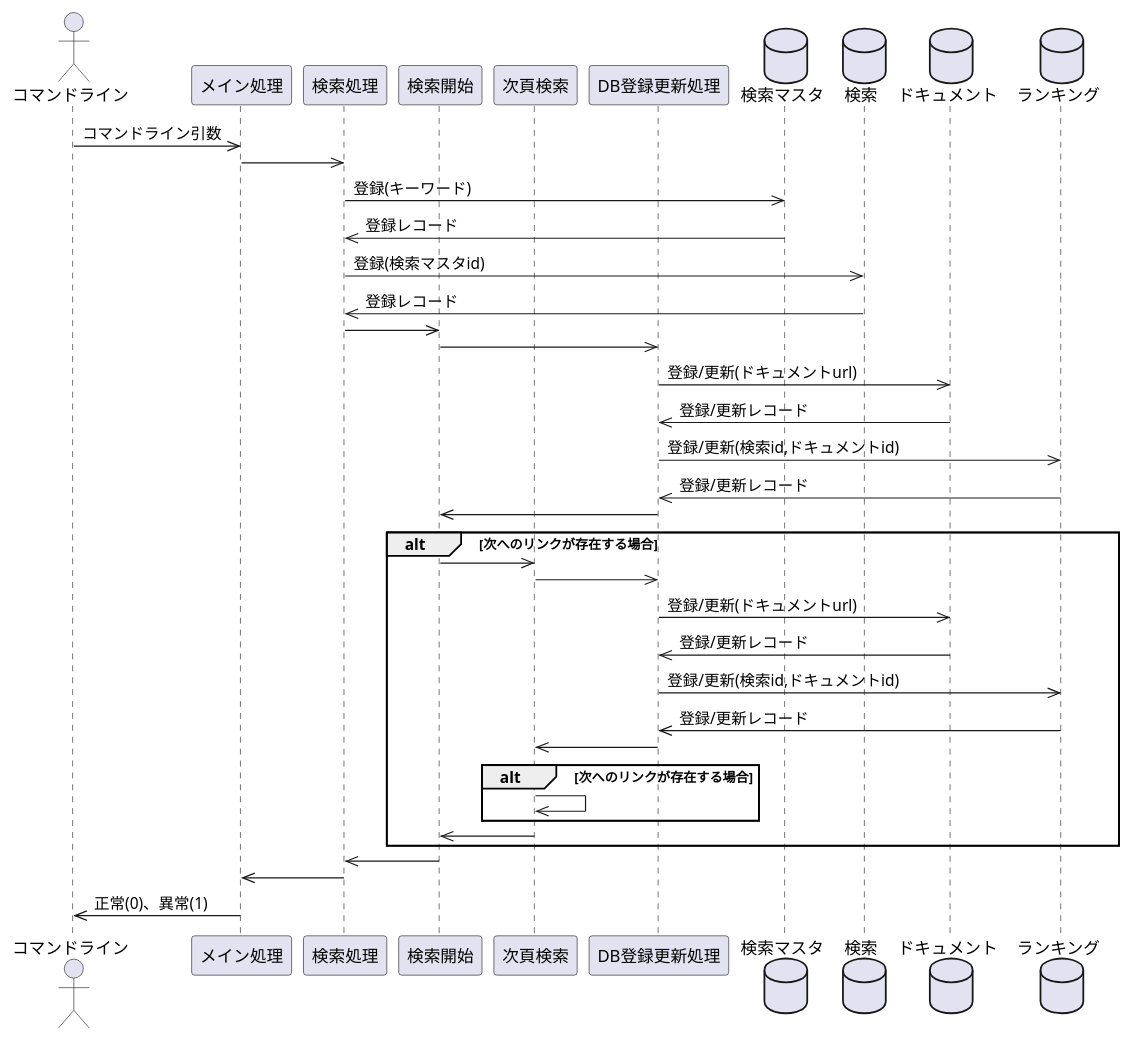
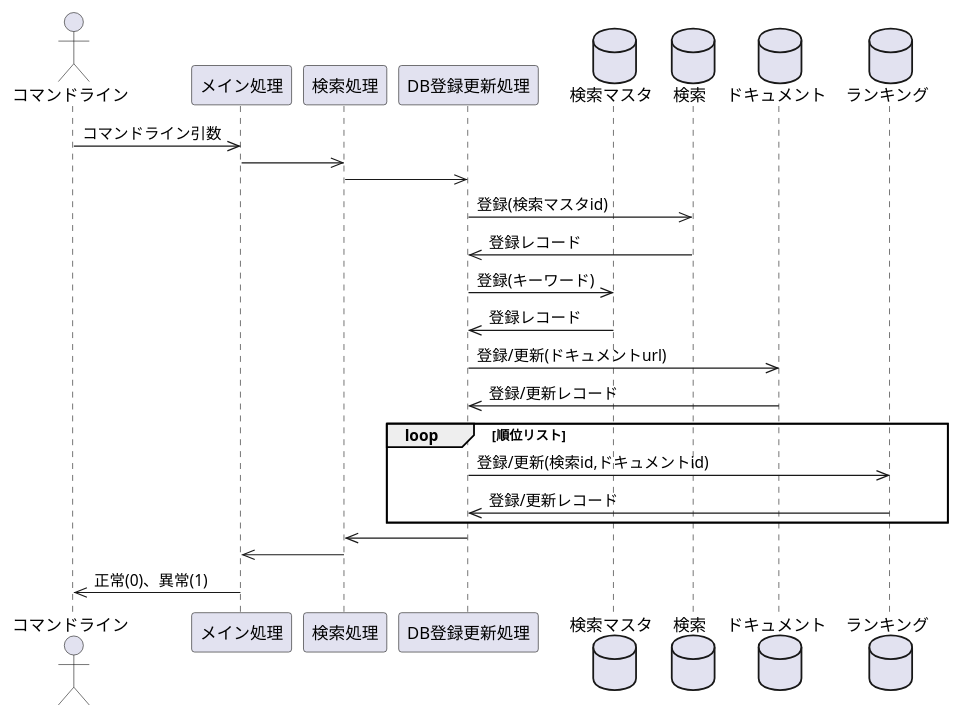
One commit to DaishinUehara/RankingChecker changed the second of 2 diagrams in README.md. Above: the diagram before and after it, drawn with PlantUML. The commit also changed other lines of this file, not shown here.

Commit message:
改修に合わせREADMEを修正

````diff
--- a/README.md
+++ b/README.md
@@ -50,44 +55,29 @@
 ```plantuml
 @startuml
 actor コマンドライン as cmd
 participant メイン処理 as main
 participant 検索処理 as search
-participant 検索開始 as search_start
-participant 次頁検索 as search_next
-participant DB登録更新処理 as db_upsert
+participant DB登録更新処理 as __db_upsert
 database 検索マスタ as t_search_m
 database 検索 as t_search
 database ドキュメント as t_doc
 database ランキング as t_ranking
 
 cmd->>main: コマンドライン引数
     main->>search: 
-        search->>t_search_m: 登録(キーワード)
-            t_search_m->>search: 登録レコード
-        search->>t_search: 登録(検索マスタid)
-            t_search->>search: 登録レコード
-        search->>search_start: 
-            search_start->>db_upsert: 
-                db_upsert->>t_doc: 登録/更新(ドキュメントurl)
-                    t_doc->>db_upsert: 登録/更新レコード
-                db_upsert->>t_ranking: 登録/更新(検索id,ドキュメントid)
-                    t_ranking->>db_upsert: 登録/更新レコード
-                db_upsert->>search_start: 
-            alt 次へのリンクが存在する場合
-            search_start->>search_next: 
-                search_next->>db_upsert: 
-                    db_upsert->>t_doc: 登録/更新(ドキュメントurl)
-                        t_doc->>db_upsert: 登録/更新レコード
-                    db_upsert->>t_ranking: 登録/更新(検索id,ドキュメントid)
-                        t_ranking->>db_upsert: 登録/更新レコード
-                    db_upsert->>search_next: 
-                alt 次へのリンクが存在する場合
-                    search_next->>search_next: 
-                end
-                search_next->>search_start: 
+        search->>__db_upsert: 
+            __db_upsert->>t_search: 登録(検索マスタid)
+                t_search->>__db_upsert: 登録レコード
+            __db_upsert->>t_search_m: 登録(キーワード)
+                t_search_m->>__db_upsert: 登録レコード
+            __db_upsert->>t_doc: 登録/更新(ドキュメントurl)
+                t_doc->>__db_upsert: 登録/更新レコード
+            loop 順位リスト
+                __db_upsert->>t_ranking: 登録/更新(検索id,ドキュメントid)
+                    t_ranking->>__db_upsert: 登録/更新レコード
             end
-            search_start->>search: 
+        __db_upsert->>search: 
         search->>main: 
     main->>cmd: 正常(0)、異常(1)
 @enduml
 ```
````
